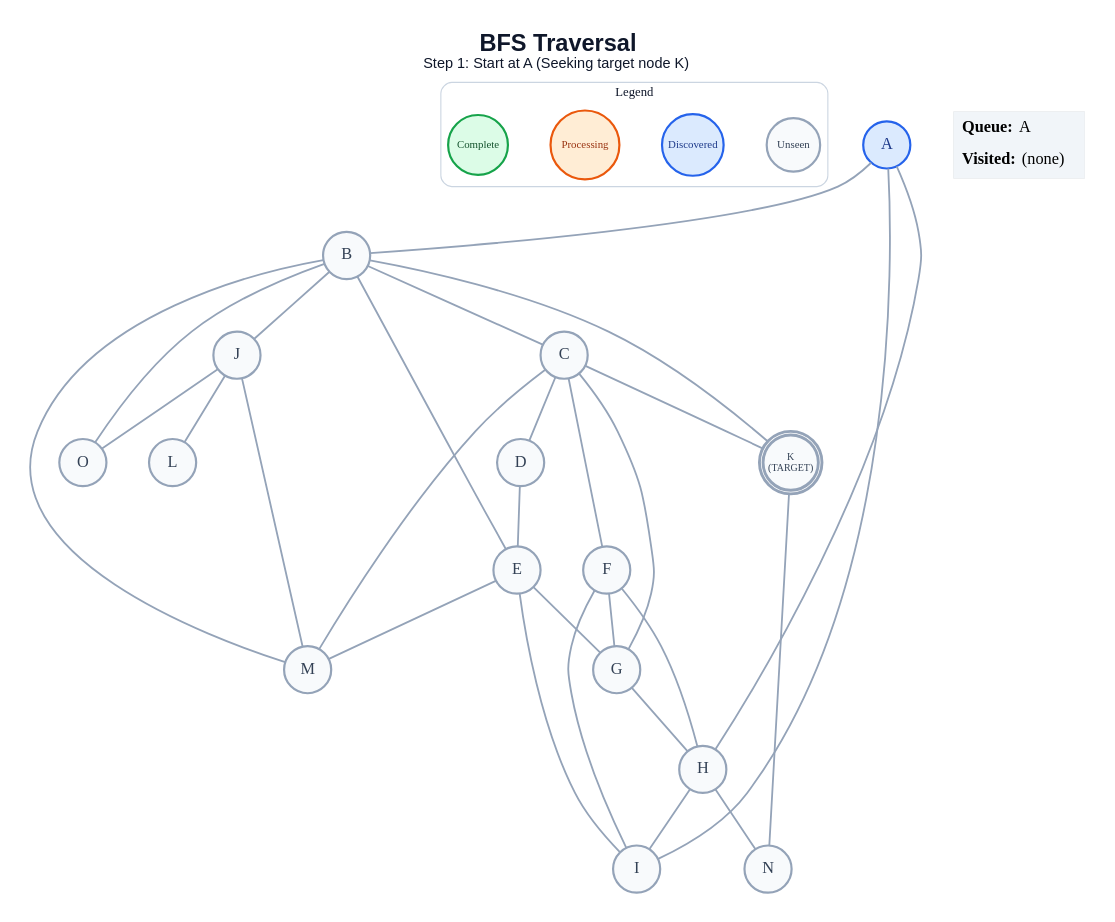
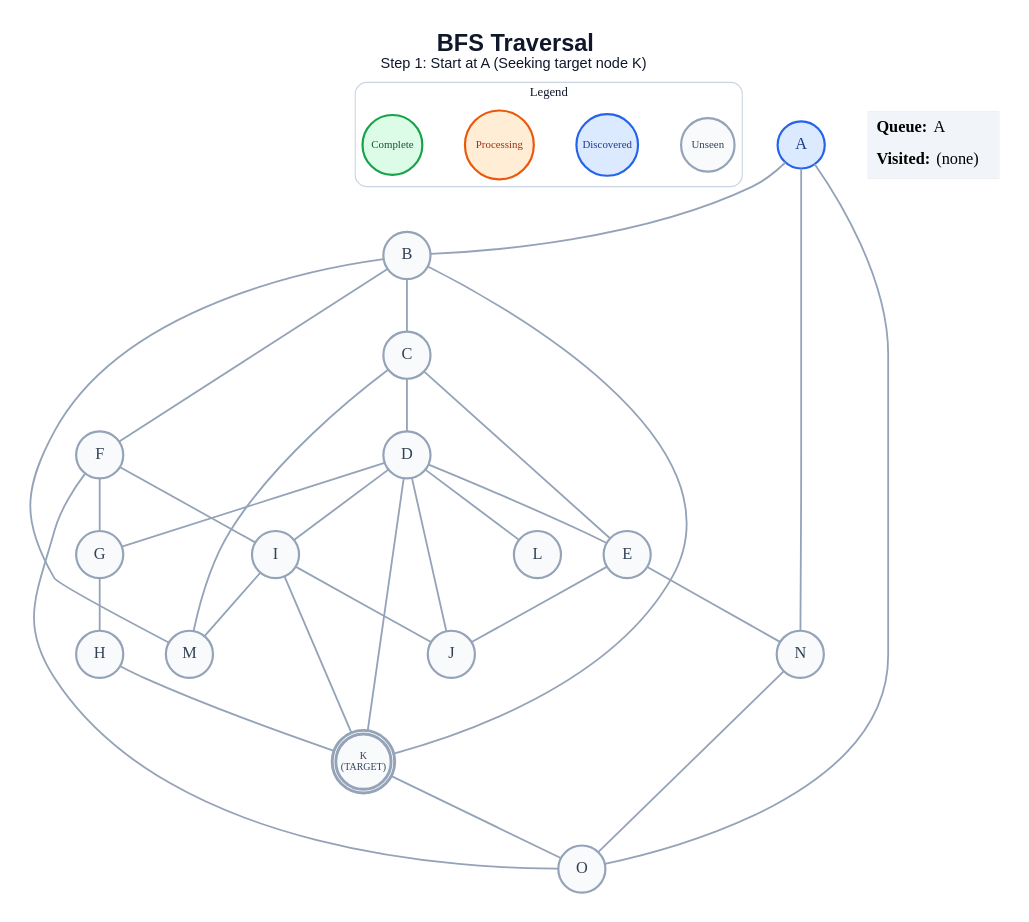
The diagram in generated/specific-node/bfs/step_01.dot (anon7238593-create/ai-slop), drawn with Graphviz before and after one commit. The commit also changed 213 other files, not shown here.

```diff
--- a/generated/specific-node/bfs/step_01.dot
+++ b/generated/specific-node/bfs/step_01.dot
@@ -1,62 +1,62 @@
 graph traversal {
   graph [layout=dot, rankdir=TB, bgcolor="#FFFFFF", pad="0.35", nodesep="0.65", ranksep="0.8", fontname="Arial"];
   node [shape=circle, style="filled", fontname="Arial Bold", fontsize=18, width=0.72, fixedsize=true, penwidth=2.4];
   edge [color="#94A3B8", penwidth=2.0];
   label=<<B>BFS Traversal</B><BR/><FONT POINT-SIZE="16">Step 1: Start at A (Seeking target node K)</FONT>>; labelloc="t"; fontsize=26; fontname="Arial"; fontcolor="#0F172A";
   subgraph cluster_legend { label="Legend"; color="#CBD5E1"; penwidth=1.2; style="rounded"; fontsize=14; fontname="Arial Bold";
     key_unseen [label="Unseen", fillcolor="#F8FAFC", color="#94A3B8", fontcolor="#334155", fontsize=12, width=0.82];
     key_frontier [label="Discovered", fillcolor="#DBEAFE", color="#2563EB", fontcolor="#1E3A8A", fontsize=12, width=0.95];
     key_current [label="Processing", fillcolor="#FFEDD5", color="#EA580C", fontcolor="#9A3412", fontsize=12, width=1.05];
     key_done [label="Complete", fillcolor="#DCFCE7", color="#16A34A", fontcolor="#14532D", fontsize=12, width=0.92];
     { rank=same; key_unseen; key_frontier; key_current; key_done; }
   }
   A [label="A", fillcolor="#DBEAFE", color="#2563EB", fontcolor="#1E3A8A", peripheries=1, penwidth=2.4];
   B [label="B", fillcolor="#F8FAFC", color="#94A3B8", fontcolor="#334155", peripheries=1, penwidth=2.4];
   C [label="C", fillcolor="#F8FAFC", color="#94A3B8", fontcolor="#334155", peripheries=1, penwidth=2.4];
   D [label="D", fillcolor="#F8FAFC", color="#94A3B8", fontcolor="#334155", peripheries=1, penwidth=2.4];
   E [label="E", fillcolor="#F8FAFC", color="#94A3B8", fontcolor="#334155", peripheries=1, penwidth=2.4];
   F [label="F", fillcolor="#F8FAFC", color="#94A3B8", fontcolor="#334155", peripheries=1, penwidth=2.4];
   G [label="G", fillcolor="#F8FAFC", color="#94A3B8", fontcolor="#334155", peripheries=1, penwidth=2.4];
   H [label="H", fillcolor="#F8FAFC", color="#94A3B8", fontcolor="#334155", peripheries=1, penwidth=2.4];
   I [label="I", fillcolor="#F8FAFC", color="#94A3B8", fontcolor="#334155", peripheries=1, penwidth=2.4];
   J [label="J", fillcolor="#F8FAFC", color="#94A3B8", fontcolor="#334155", peripheries=1, penwidth=2.4];
   K [label="K\n(TARGET)", fillcolor="#F8FAFC", color="#94A3B8", fontcolor="#334155", peripheries=2, penwidth=3.2, fontsize=11, width=0.85, height=0.85];
   L [label="L", fillcolor="#F8FAFC", color="#94A3B8", fontcolor="#334155", peripheries=1, penwidth=2.4];
   M [label="M", fillcolor="#F8FAFC", color="#94A3B8", fontcolor="#334155", peripheries=1, penwidth=2.4];
   N [label="N", fillcolor="#F8FAFC", color="#94A3B8", fontcolor="#334155", peripheries=1, penwidth=2.4];
   O [label="O", fillcolor="#F8FAFC", color="#94A3B8", fontcolor="#334155", peripheries=1, penwidth=2.4];
   A -- B;
-  A -- H;
-  A -- I;
+  A -- N;
+  A -- O;
   B -- C;
-  B -- E;
-  B -- J;
+  B -- F;
   B -- K;
   B -- M;
-  B -- O;
   C -- D;
-  C -- F;
-  C -- G;
-  C -- K;
+  C -- E;
   C -- M;
   D -- E;
-  E -- G;
-  E -- I;
-  E -- M;
+  D -- G;
+  D -- I;
+  D -- J;
+  D -- K;
+  D -- L;
+  E -- J;
+  E -- N;
   F -- G;
-  F -- H;
   F -- I;
+  F -- O;
   G -- H;
-  H -- I;
-  H -- N;
-  J -- L;
-  J -- M;
-  J -- O;
-  K -- N;
+  H -- K;
+  I -- J;
+  I -- K;
+  I -- M;
+  K -- O;
+  N -- O;
   status [shape=plain, fixedsize=false, width=0, height=0, margin=0, label=<
     <TABLE BORDER="0" CELLBORDER="0" CELLPADDING="7" BGCOLOR="#F1F5F9">
       <TR><TD ALIGN="LEFT"><B>Queue:</B> A</TD></TR>
       <TR><TD ALIGN="LEFT"><B>Visited:</B> (none)</TD></TR>
     </TABLE>
   >];
 }
```
